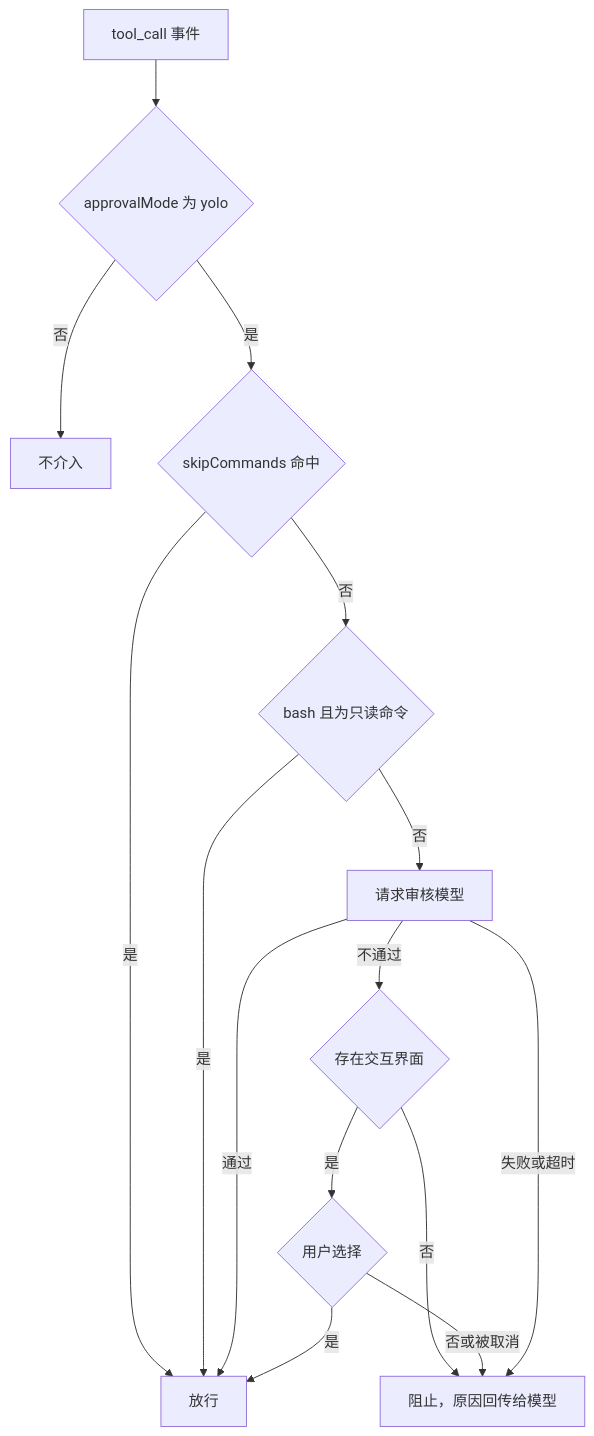
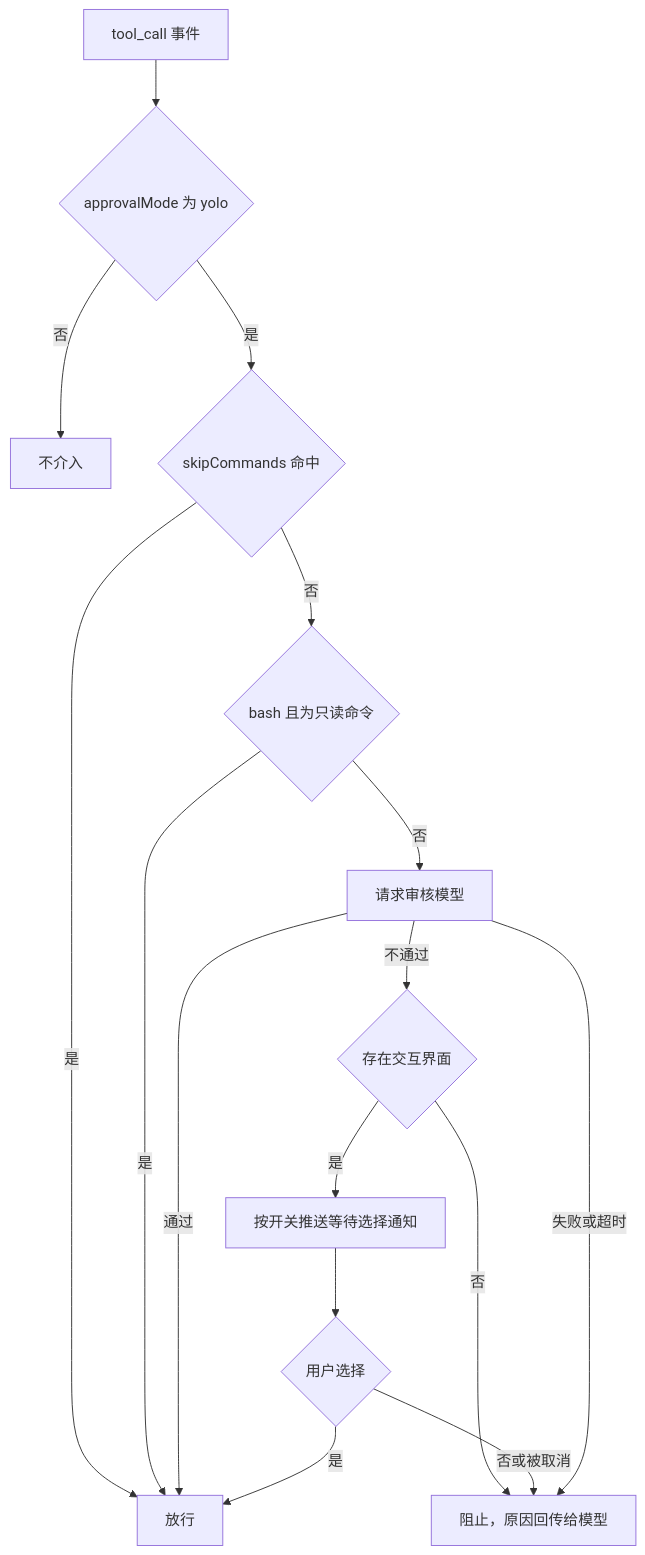
One commit to OrangeNekoo/omp-plugin-Command-review changed the diagram in README.md. Above: the diagram before and after it, drawn with Mermaid. The commit also changed other lines of this file and 10 other files, not shown here.

````diff
--- a/README.md
+++ b/README.md
@@ -22,17 +22,18 @@
 ```mermaid
 flowchart TD
   A[tool_call 事件] --> B{approvalMode 为 yolo}
   B -- 否 --> Z[不介入]
   B -- 是 --> C{skipCommands 命中}
   C -- 是 --> P[放行]
   C -- 否 --> D{bash 且为只读命令}
   D -- 是 --> P
   D -- 否 --> E[请求审核模型]
   E -- 通过 --> P
   E -- 不通过 --> F{存在交互界面}
   F -- 否 --> X[阻止，原因回传给模型]
-  F -- 是 --> G{用户选择}
+  F -- 是 --> N[按开关推送等待选择通知]
+  N --> G{用户选择}
   G -- 是 --> P
   G -- 否或被取消 --> X
   E -- 失败或超时 --> X
 ```
````
